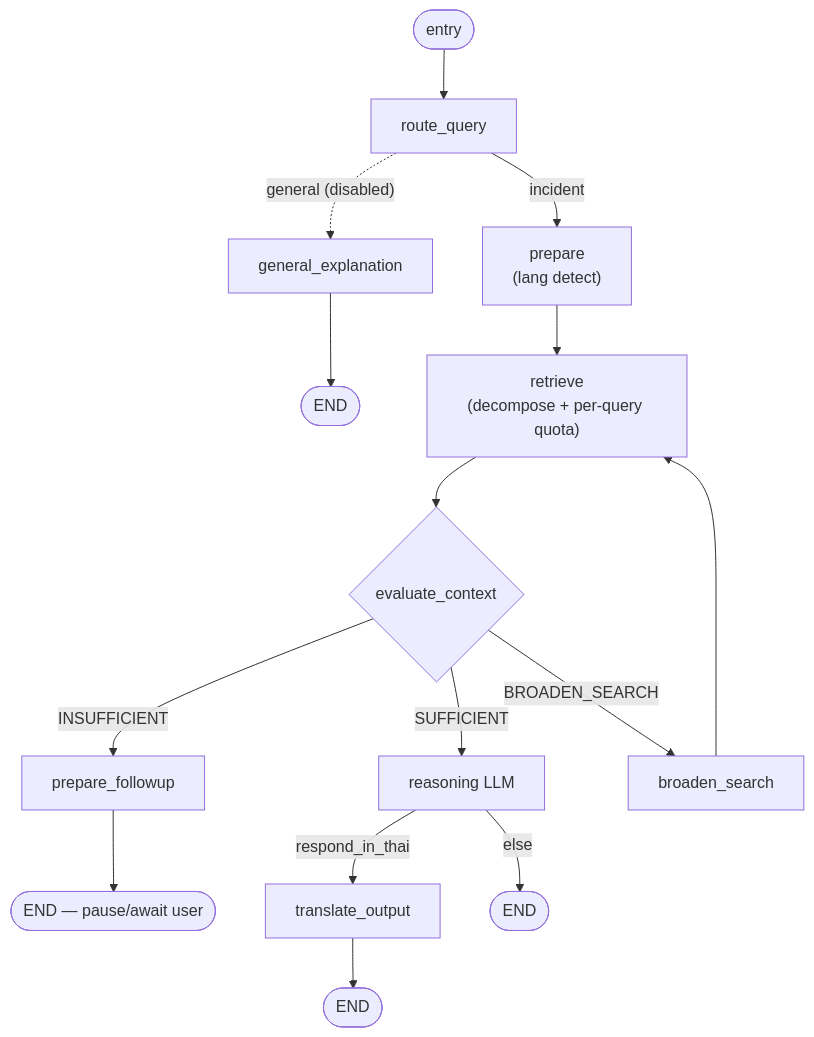
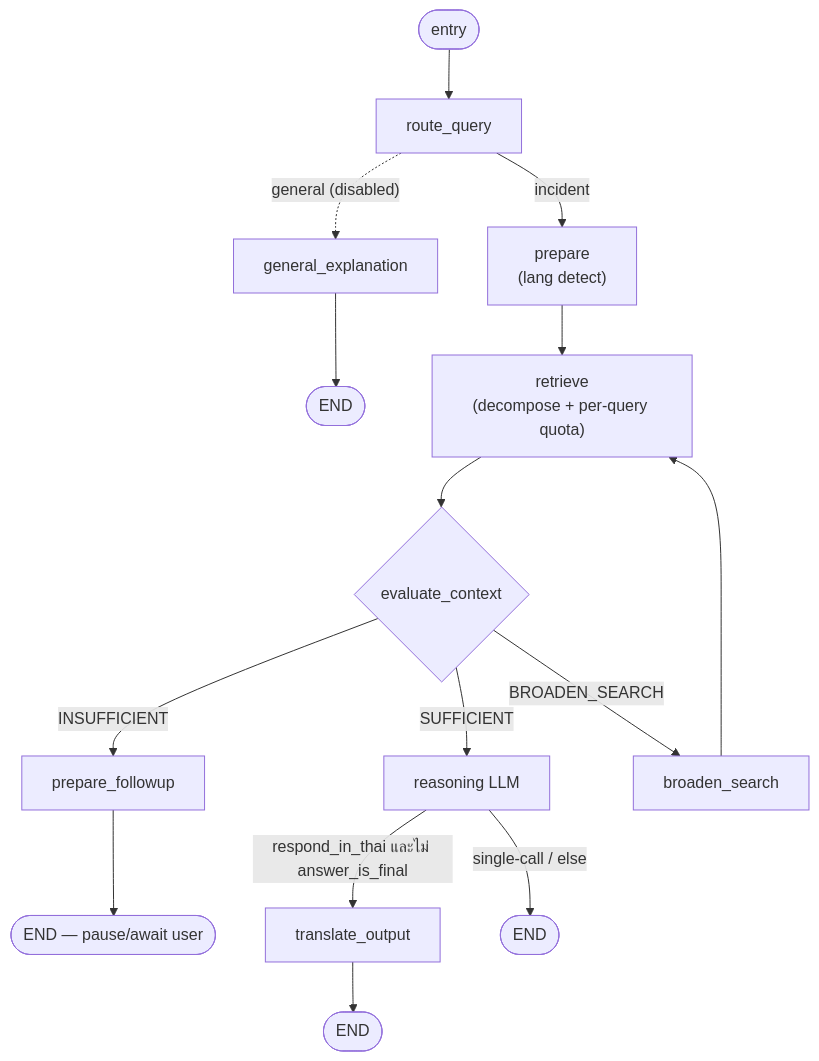
One commit to KKhamwiset/Cybercase-Intelligence-Framework changed the third of 3 diagrams in rag_service/ARCHITECTURE.md. Above: the diagram before and after it, drawn with Mermaid. The commit also changed other lines of this file, not shown here.

First line of the commit message:
docs(rag_service): update ARCHITECTURE.md for single-call gen, resume multi-turn, batched expand, device-aware loading

````diff
--- a/rag_service/ARCHITECTURE.md
+++ b/rag_service/ARCHITECTURE.md
@@ -251,13 +267,13 @@
 ```mermaid
 flowchart TD
     START([entry]) --> RQ["route_query"]
     RQ -->|incident| PREP["prepare<br/>(lang detect)"]
     RQ -.->|"general (disabled)"| GE["general_explanation"] --> E1([END])
     PREP --> RET["retrieve<br/>(decompose + per-query quota)"]
     RET --> EVAL{"evaluate_context"}
     EVAL -->|SUFFICIENT| REASON["reasoning LLM"]
     EVAL -->|INSUFFICIENT| FU["prepare_followup"] --> E2([END — pause/await user])
     EVAL -->|BROADEN_SEARCH| BRD["broaden_search"] --> RET
-    REASON -->|respond_in_thai| TR["translate_output"] --> E3([END])
-    REASON -->|else| E4([END])
+    REASON -->|respond_in_thai และไม่ answer_is_final| TR["translate_output"] --> E3([END])
+    REASON -->|single-call / else| E4([END])
 ```
````
